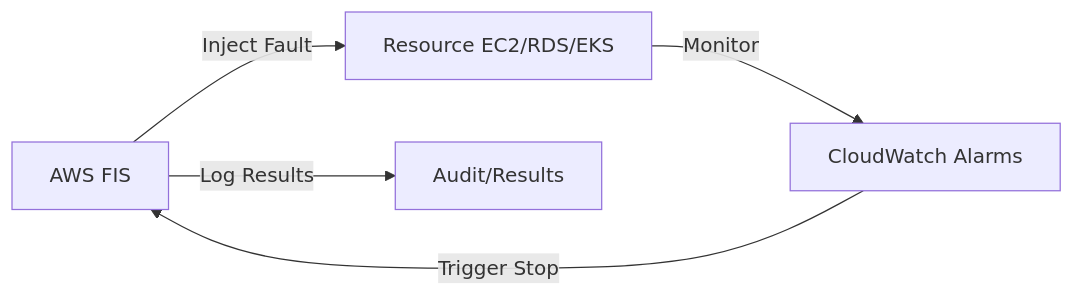
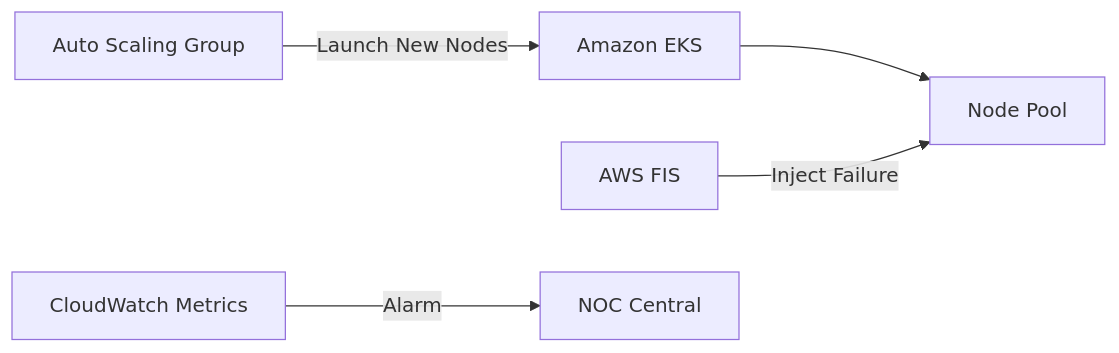
Before and after one commit to ravindrajob/CloudAWS: the diagram in landingZone/ChaosEngineering (Fault Injection)/README.md, drawn with Mermaid. The commit also changed other lines of this file and 2 other files, not shown here.

Commit message:
feat: ajout du module ChaosEngineering (Fault Injection Simulator) v1.3

````diff
--- a/landingZone/ChaosEngineering (Fault Injection)/README.md
+++ b/landingZone/ChaosEngineering (Fault Injection)/README.md
@@ -14,7 +14,7 @@
 ```mermaid
 graph LR
-    FIS[AWS FIS] --> |Inject Fault| Res[Resource EC2/RDS/EKS]
-    Res --> |Monitor| CW[CloudWatch Alarms]
-    CW --> |Trigger Stop| FIS
-    FIS --> |Log Results| S3[Audit/Results]
+    EKS[Amazon EKS] --> Nodes[Node Pool]
+    FIS[AWS FIS] -- "Inject Failure" --> Nodes
+    CloudWatch[CloudWatch Metrics] -- "Alarm" --> NOC[NOC Central]
+    ASG[Auto Scaling Group] -- "Launch New Nodes" --> EKS
 ```
````
